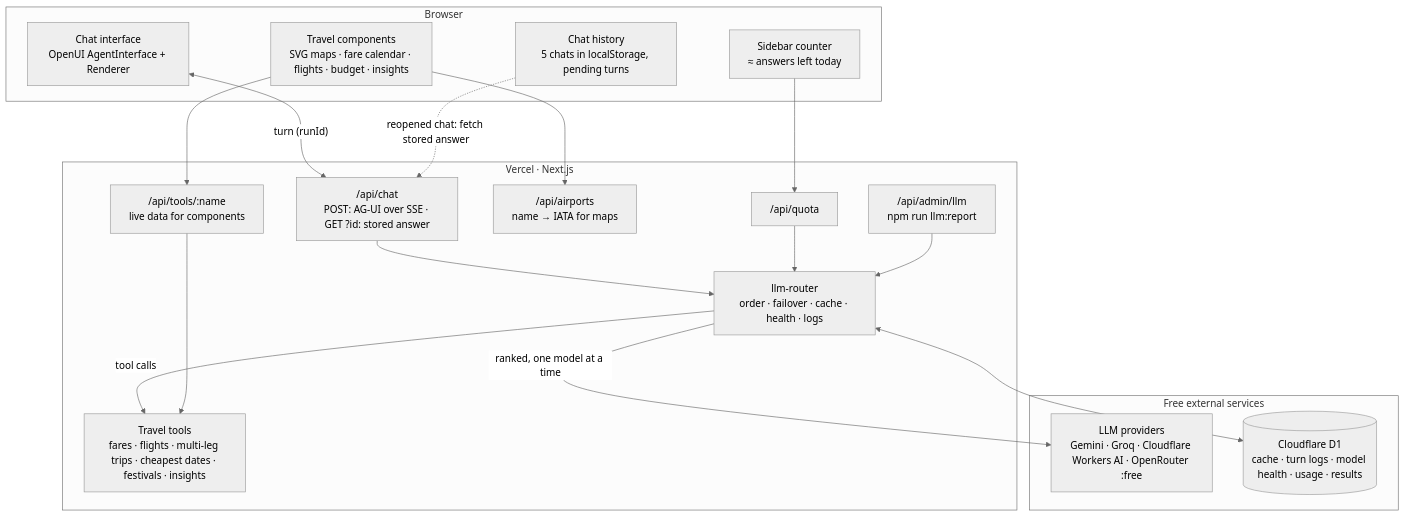
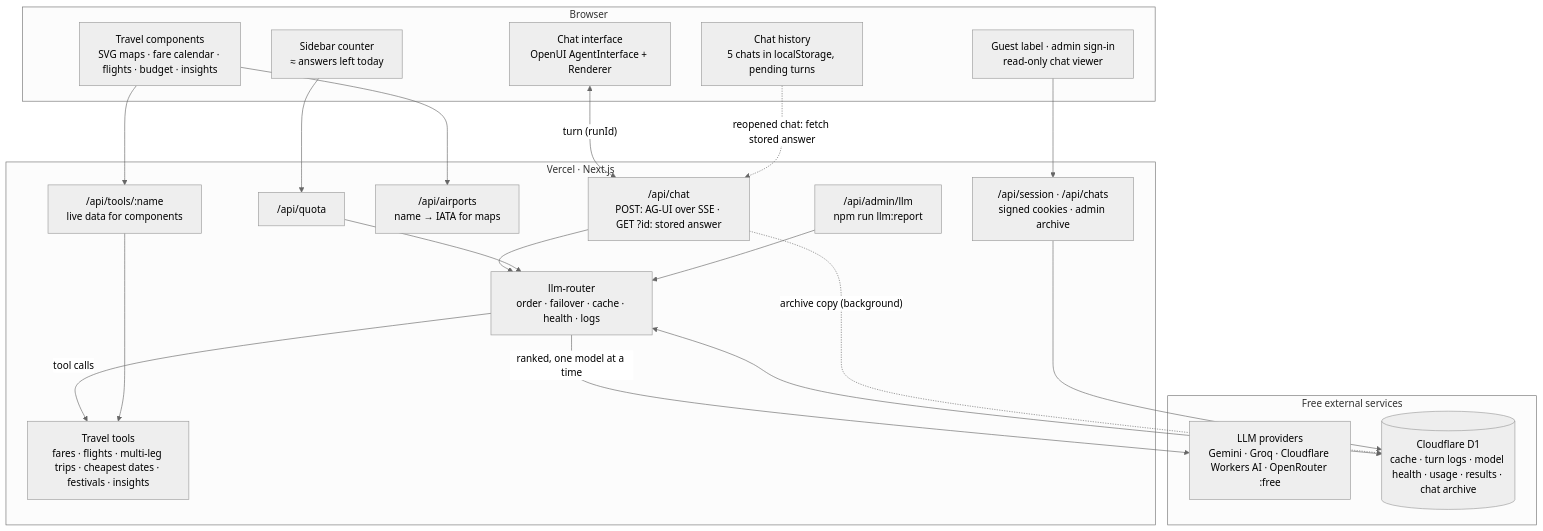
Before and after one commit to rohan9405/wayfinder-trips: the first of 2 diagrams in README.md, drawn with Mermaid (neutral theme). The commit also changed other lines of this file and 1 other file, not shown here.

Commit message:
Archive chats in the background and document guests and admin

````diff
--- a/README.md
+++ b/README.md
@@ -16,35 +16,39 @@
 ```mermaid
 flowchart TB
   subgraph Browser
     UI["Chat interface<br/>OpenUI AgentInterface + Renderer"]
     Comp["Travel components<br/>SVG maps · fare calendar · flights · budget · insights"]
     Hist["Chat history<br/>5 chats in localStorage, pending turns"]
     Badge["Sidebar counter<br/>≈ answers left today"]
+    AdminUI["Guest label · admin sign-in<br/>read-only chat viewer"]
   end
 
   subgraph Vercel["Vercel · Next.js"]
     Chat["/api/chat<br/>POST: AG-UI over SSE · GET ?id: stored answer"]
     Router["llm-router<br/>order · failover · cache · health · logs"]
     Tools["Travel tools<br/>fares · flights · multi-leg trips · cheapest dates · festivals · insights"]
     ToolsAPI["/api/tools/:name<br/>live data for components"]
     AirAPI["/api/airports<br/>name → IATA for maps"]
     Quota["/api/quota"]
     Admin["/api/admin/llm<br/>npm run llm:report"]
+    Session["/api/session · /api/chats<br/>signed cookies · admin archive"]
   end
 
   subgraph External["Free external services"]
     LLMs["LLM providers<br/>Gemini · Groq · Cloudflare Workers AI · OpenRouter :free"]
-    D1[("Cloudflare D1<br/>cache · turn logs · model health · usage · results")]
+    D1[("Cloudflare D1<br/>cache · turn logs · model health · usage · results · chat archive")]
   end
 
   UI <-->|"turn (runId)"| Chat
   Hist -.->|"reopened chat: fetch stored answer"| Chat
   Chat --> Router
   Router -->|"ranked, one model at a time"| LLMs
   Router -->|"tool calls"| Tools
   Router <--> D1
   Comp --> ToolsAPI --> Tools
   Comp --> AirAPI
   Badge --> Quota --> Router
   Admin --> Router
+  Chat -.->|"archive copy (background)"| D1
+  AdminUI --> Session --> D1
 ```
````
